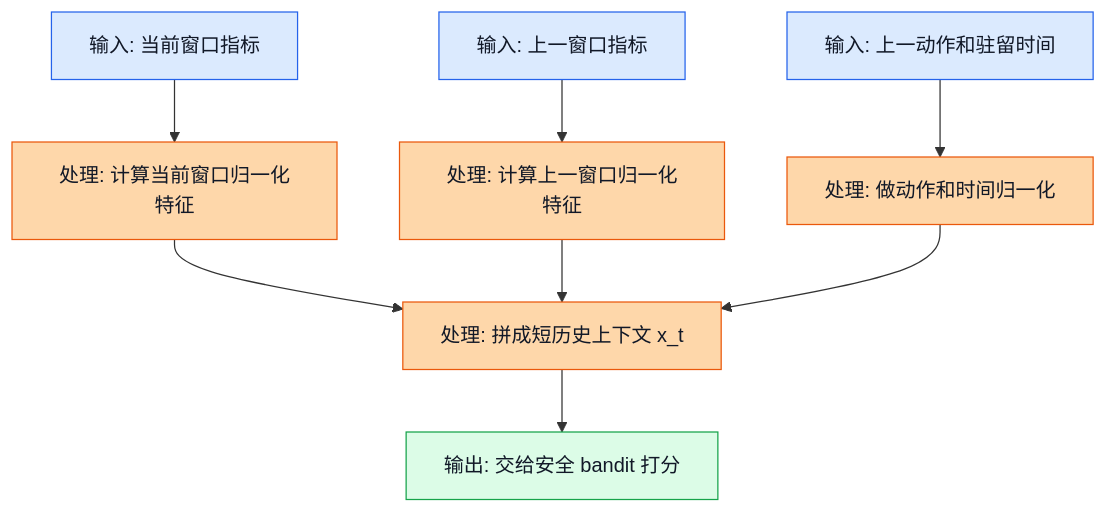
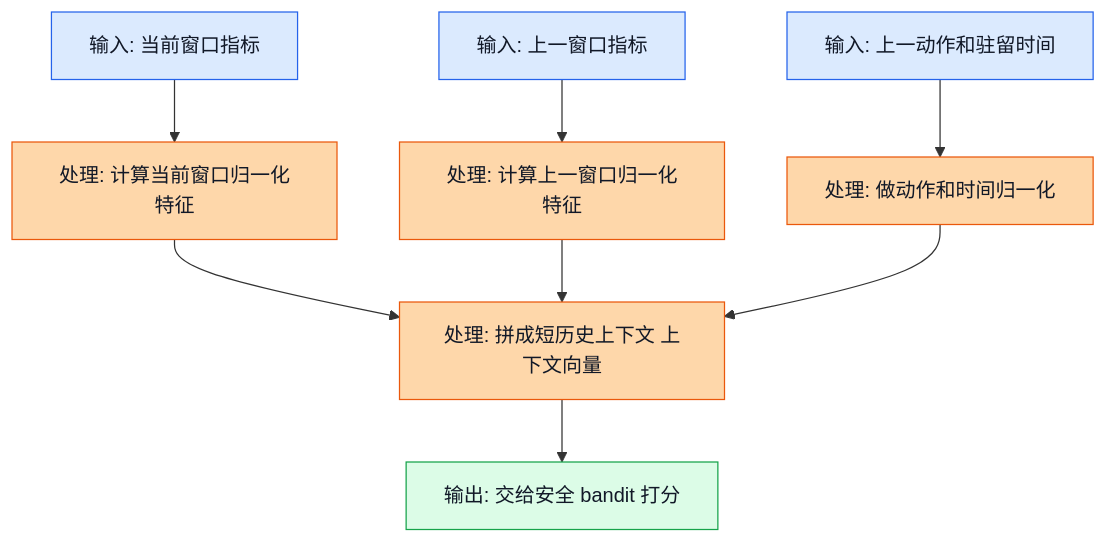
One commit to Mrphase/RL-Doc changed the second of 4 diagrams in learn/06_Safe_Contextual_Bandit.md. Above: the diagram before and after it, drawn with Mermaid. The commit also changed other lines of this file and 14 other files, not shown here.

First line of the commit message:
fix: clean mermaid labels in learn docs

````diff
--- a/learn/06_Safe_Contextual_Bandit.md
+++ b/learn/06_Safe_Contextual_Bandit.md
@@ -318,18 +318,18 @@
 ```mermaid
 flowchart TD
     A[输入: 当前窗口指标] --> B[处理: 计算当前窗口归一化特征]
     C[输入: 上一窗口指标] --> D[处理: 计算上一窗口归一化特征]
     E[输入: 上一动作和驻留时间] --> F[处理: 做动作和时间归一化]
-    B --> G[处理: 拼成短历史上下文 x_t]
+    B --> G[处理: 拼成短历史上下文 上下文向量]
     D --> G
     F --> G
     G --> H[输出: 交给安全 bandit 打分]
 
     classDef input fill:#dbeafe,stroke:#2563eb,color:#111827;
     classDef process fill:#fed7aa,stroke:#ea580c,color:#111827;
     classDef output fill:#dcfce7,stroke:#16a34a,color:#111827;
 
     class A,C,E input
     class B,D,F,G process
     class H output
 ```
````
